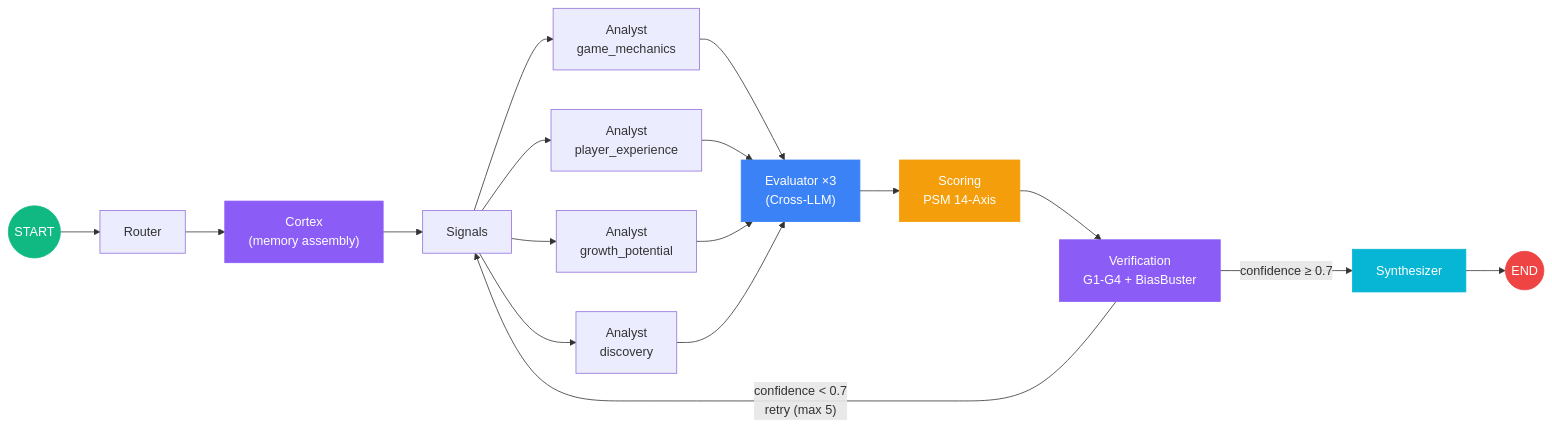
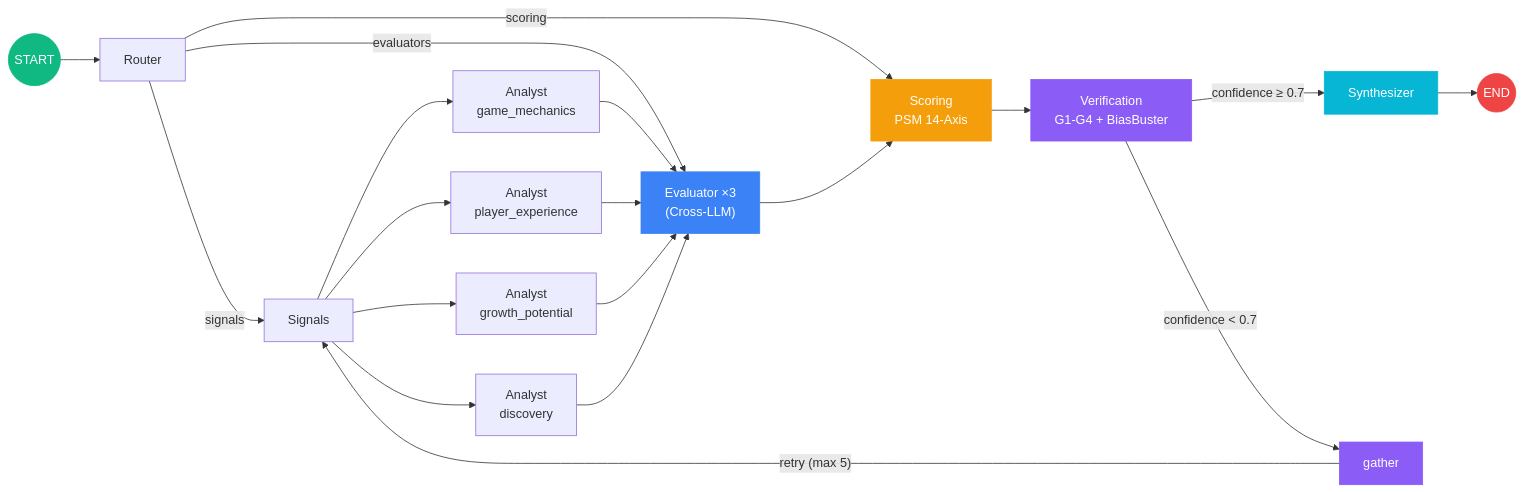
One commit to mangowhoiscloud/geode changed the second of 12 diagrams in README.md. Above: the diagram before and after it, drawn with Mermaid. The commit also changed other lines of this file, not shown here.

First line of the commit message:
docs: fix mermaid accuracy + add 8 missing feature sections

````diff
--- a/README.md
+++ b/README.md
@@ -104,27 +104,29 @@
 ```mermaid
 graph LR
     START((START)) --> Router
-    Router --> Cortex["Cortex<br/>(memory assembly)"]
-    Cortex --> Signals
+    Router -->|"signals"| Signals
+    Router -->|"evaluators"| Eval
+    Router -->|"scoring"| Scoring
     Signals --> A1["Analyst<br/>game_mechanics"]
     Signals --> A2["Analyst<br/>player_experience"]
     Signals --> A3["Analyst<br/>growth_potential"]
     Signals --> A4["Analyst<br/>discovery"]
     A1 --> Eval["Evaluator ×3<br/>(Cross-LLM)"]
     A2 --> Eval
     A3 --> Eval
     A4 --> Eval
     Eval --> Scoring["Scoring<br/>PSM 14-Axis"]
     Scoring --> Verify["Verification<br/>G1-G4 + BiasBuster"]
     Verify -->|"confidence ≥ 0.7"| Synth["Synthesizer"]
-    Verify -->|"confidence < 0.7<br/>retry (max 5)"| Signals
+    Verify -->|"confidence < 0.7"| Gather["gather"]
+    Gather -->|"retry (max 5)"| Signals
     Synth --> END((END))
 
     style START fill:#10b981,stroke:#10b981,color:#fff
     style END fill:#ef4444,stroke:#ef4444,color:#fff
-    style Cortex fill:#8b5cf6,stroke:#8b5cf6,color:#fff
+    style Gather fill:#8b5cf6,stroke:#8b5cf6,color:#fff
     style Eval fill:#3b82f6,stroke:#3b82f6,color:#fff
     style Scoring fill:#f59e0b,stroke:#f59e0b,color:#fff
     style Verify fill:#8b5cf6,stroke:#8b5cf6,color:#fff
     style Synth fill:#06b6d4,stroke:#06b6d4,color:#fff
 ```
````
